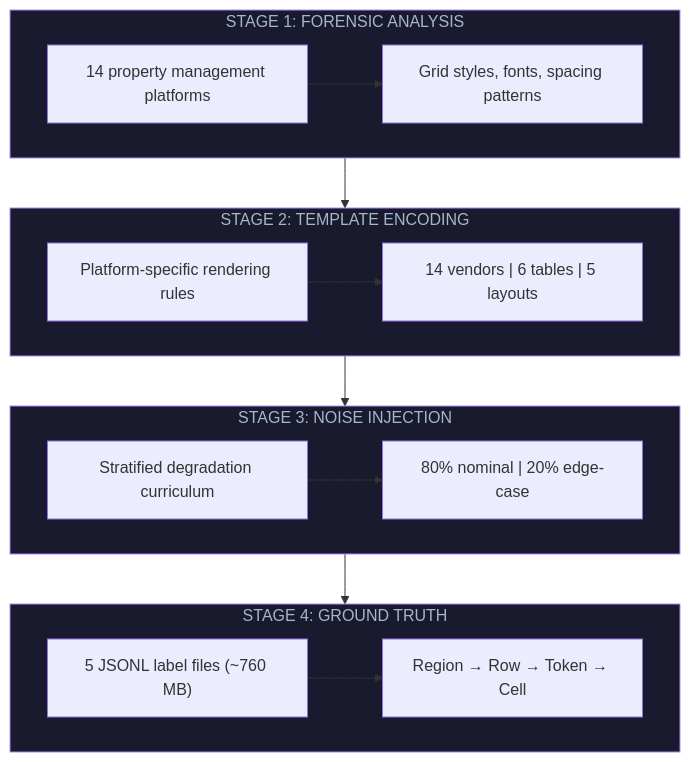
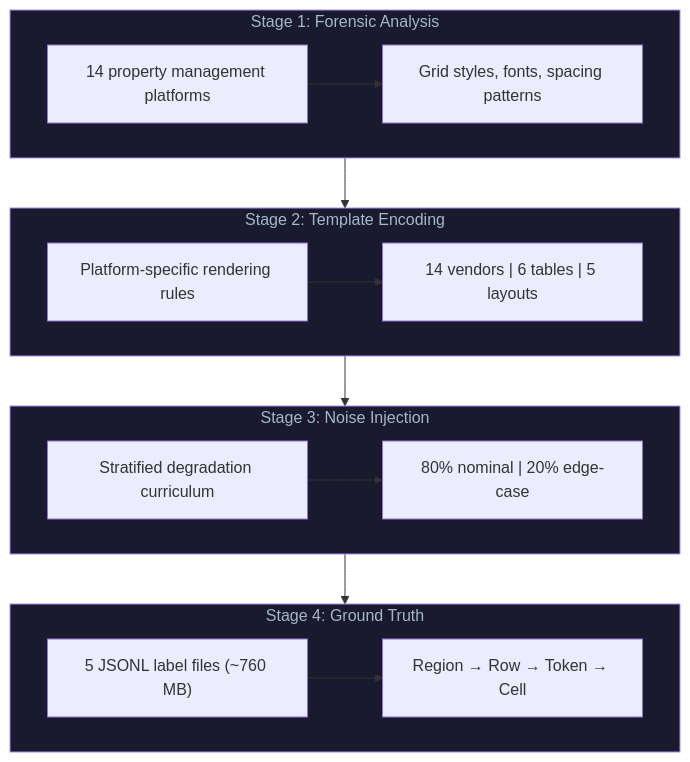
Before and after one commit to ges257/pdf-synth-engine: the diagram in README.md, drawn with Mermaid.

Commit message:
Use title case for stage names in pipeline diagram
🤖 Generated with [Claude Code](https://claude.com/claude-code)

````diff
--- a/README.md
+++ b/README.md
@@ -42,33 +42,33 @@
 ```mermaid
 flowchart TB
-    subgraph S1["STAGE 1: FORENSIC ANALYSIS"]
+    subgraph S1["Stage 1: Forensic Analysis"]
         A1["14 property management platforms"]
         A2["Grid styles, fonts, spacing patterns"]
         A1 --> A2
     end
 
-    subgraph S2["STAGE 2: TEMPLATE ENCODING"]
+    subgraph S2["Stage 2: Template Encoding"]
         B1["Platform-specific rendering rules"]
         B2["14 vendors | 6 tables | 5 layouts"]
         B1 --> B2
     end
 
-    subgraph S3["STAGE 3: NOISE INJECTION"]
+    subgraph S3["Stage 3: Noise Injection"]
         C1["Stratified degradation curriculum"]
         C2["80% nominal | 20% edge-case"]
         C1 --> C2
     end
 
-    subgraph S4["STAGE 4: GROUND TRUTH"]
+    subgraph S4["Stage 4: Ground Truth"]
         D1["5 JSONL label files (~760 MB)"]
         D2["Region → Row → Token → Cell"]
         D1 --> D2
     end
 
     S1 --> S2 --> S3 --> S4
 
     style S1 fill:#1a1a2e,stroke:#A78BFA,color:#A3B8CC
     style S2 fill:#1a1a2e,stroke:#A78BFA,color:#A3B8CC
     style S3 fill:#1a1a2e,stroke:#A78BFA,color:#A3B8CC
     style S4 fill:#1a1a2e,stroke:#A78BFA,color:#A3B8CC
 ```
````
